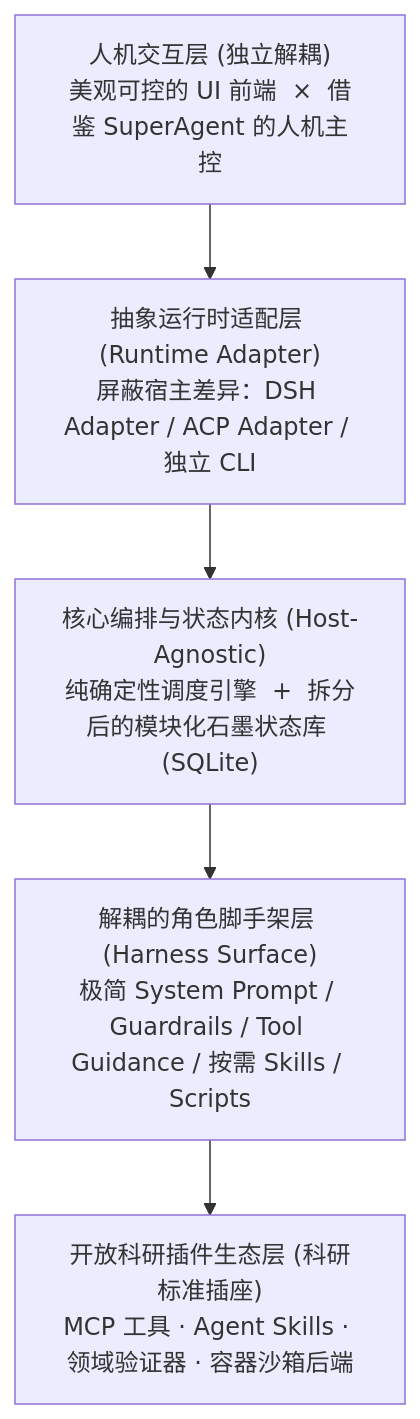
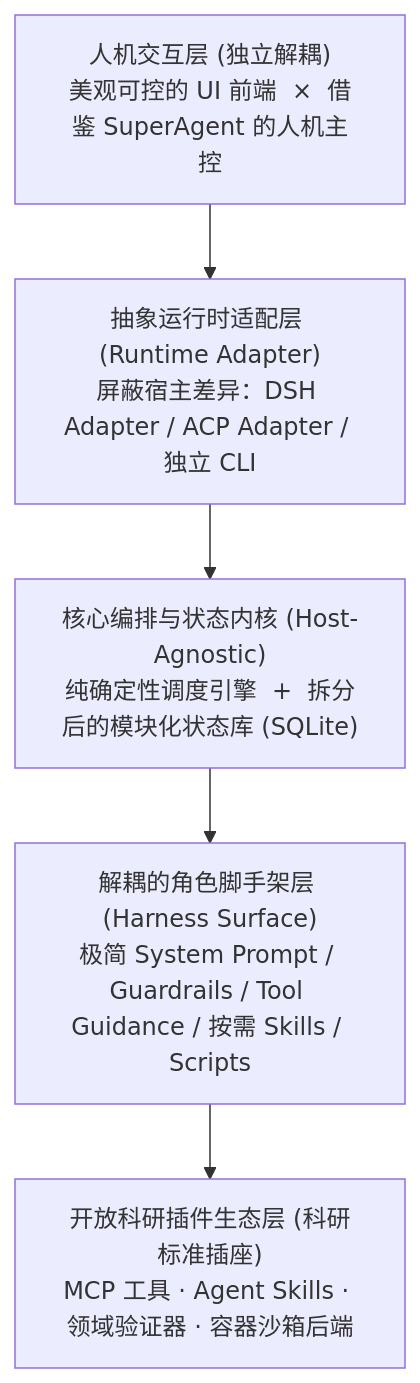
The first of 2 diagrams in ROADMAP.md (Qingzhu093/greatwall-agent), drawn with Mermaid before and after one commit. The commit also changed other lines of this file and 31 other files, not shown here.

First line of the commit message:
refactor(core,dsh_plugin): stage-1 structural decoupling, single tool registry & architecture gates, bump to v0.1.0-alpha.4 (unreviewed)

````diff
--- a/ROADMAP.md
+++ b/ROADMAP.md
@@ -102,10 +102,10 @@
 ```mermaid
 flowchart TB
     UX["人机交互层 (独立解耦)\n美观可控的 UI 前端  ×  借鉴 SuperAgent 的人机主控"]
     Runtime["抽象运行时适配层 (Runtime Adapter)\n屏蔽宿主差异：DSH Adapter / ACP Adapter / 独立 CLI"]
-    Core["核心编排与状态内核 (Host-Agnostic)\n纯确定性调度引擎  +  拆分后的模块化石墨状态库 (SQLite)"]
+    Core["核心编排与状态内核 (Host-Agnostic)\n纯确定性调度引擎  +  拆分后的模块化状态库 (SQLite)"]
     Scaffold["解耦的角色脚手架层 (Harness Surface)\n极简 System Prompt / Guardrails / Tool Guidance / 按需 Skills / Scripts"]
     Plug["开放科研插件生态层 (科研标准插座)\nMCP 工具 · Agent Skills · 领域验证器 · 容器沙箱后端"]
 
     UX --> Runtime --> Core --> Scaffold --> Plug
 ```
````
